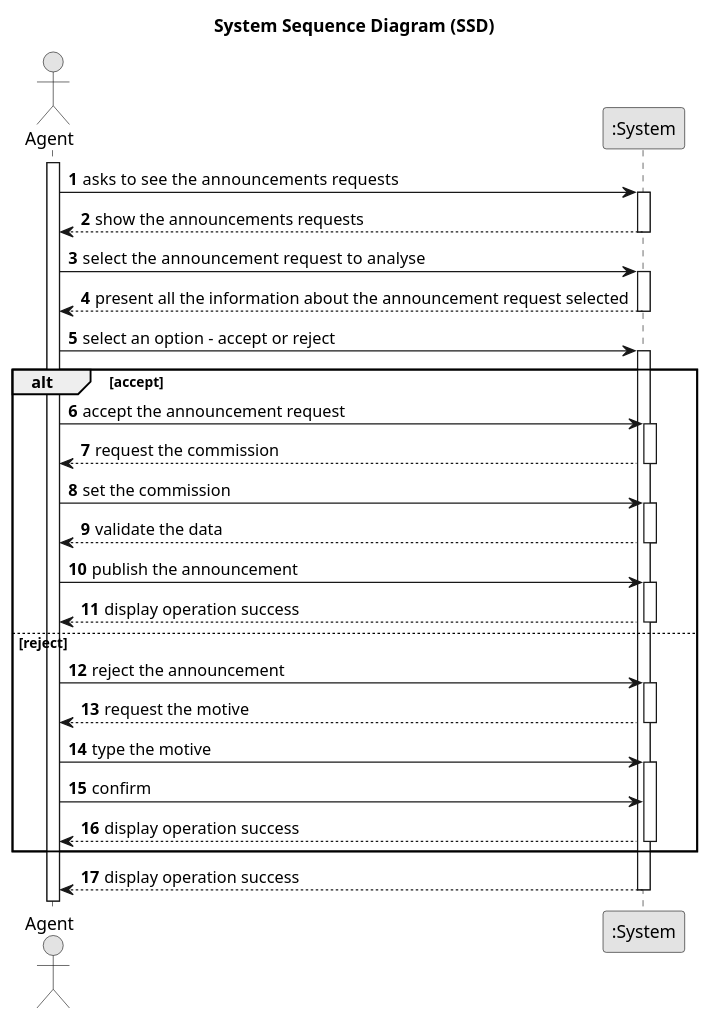
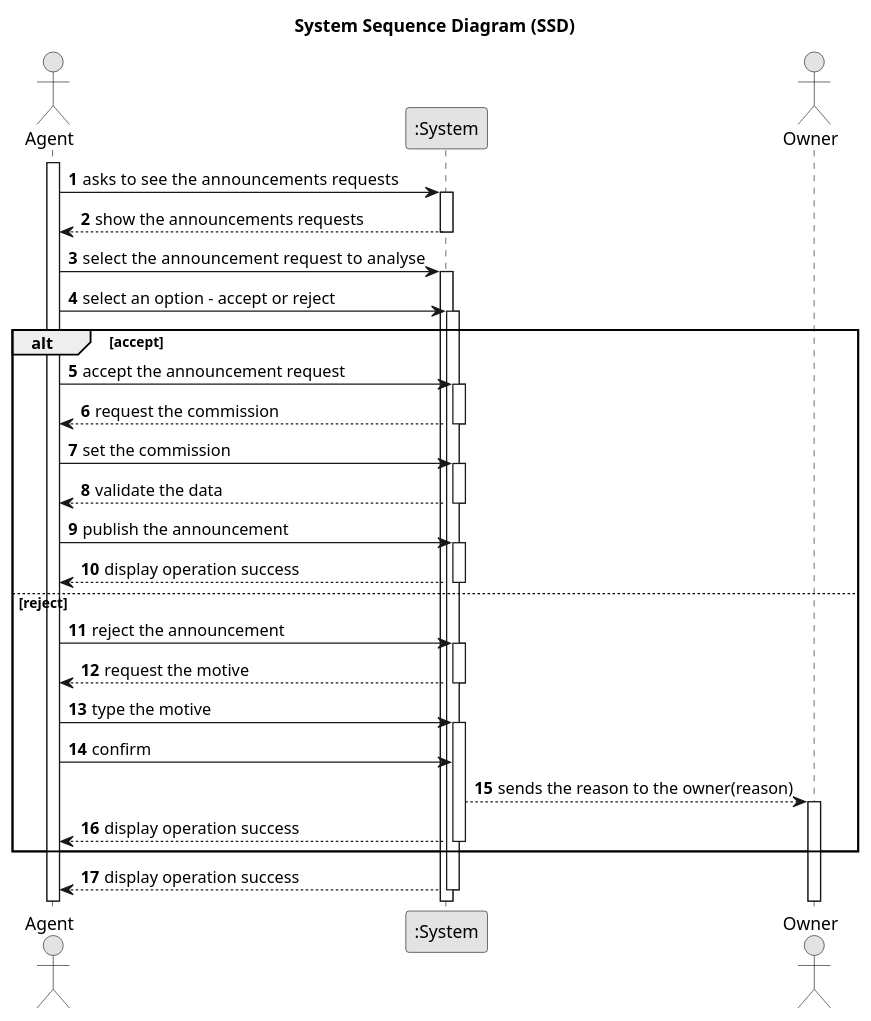
One commit to tiagohcorreia/LAPR2 changed the diagram in docs/sprintD/US008/01.requirements-engineering/puml/US8_SSD.puml. Above: the diagram before and after it, drawn with PlantUML. The commit also changed 25 other files, not shown here.

```diff
--- a/docs/sprintD/US008/01.requirements-engineering/puml/US8_SSD.puml
+++ b/docs/sprintD/US008/01.requirements-engineering/puml/US8_SSD.puml
@@ -1,63 +1,64 @@
 @startuml
 skinparam monochrome true
 skinparam packageStyle rectangle
 skinparam shadowing false
 
 title System Sequence Diagram (SSD)
 
 autonumber
 
 actor "Agent" as AG
 participant ":System" as System
+actor "Owner" as OWNER
 
 activate AG
 
     AG -> System : asks to see the  announcements requests
     activate System
 
         System --> AG : show the announcements requests
     deactivate System
 
     AG -> System : select the announcement request  to analyse
     activate System
-
-        System --> AG : present all the information about the announcement request selected
-    deactivate System
-
 
      AG -> System : select an option - accept or reject
      activate System
 
         alt accept
 
             AG -> System : accept the announcement request
       activate System
             System --> AG : request the commission
      deactivate System
             AG -> System : set the commission
      activate System
              System --> AG : validate the data
      deactivate System
              AG -> System : publish the announcement
      activate System
             System --> AG : display operation success
      deactivate System
         else reject
         AG -> System : reject the announcement
       activate System
         System --> AG : request the motive
       deactivate System
 
         AG -> System : type the motive
         activate System
         AG -> System : confirm
+
+        System --> OWNER : sends the reason to the owner(reason)
+        activate OWNER
+
         System --> AG : display operation success
       deactivate System
            end
 
         System --> AG :display operation success
     deactivate System
 
 
 
 @enduml
```
